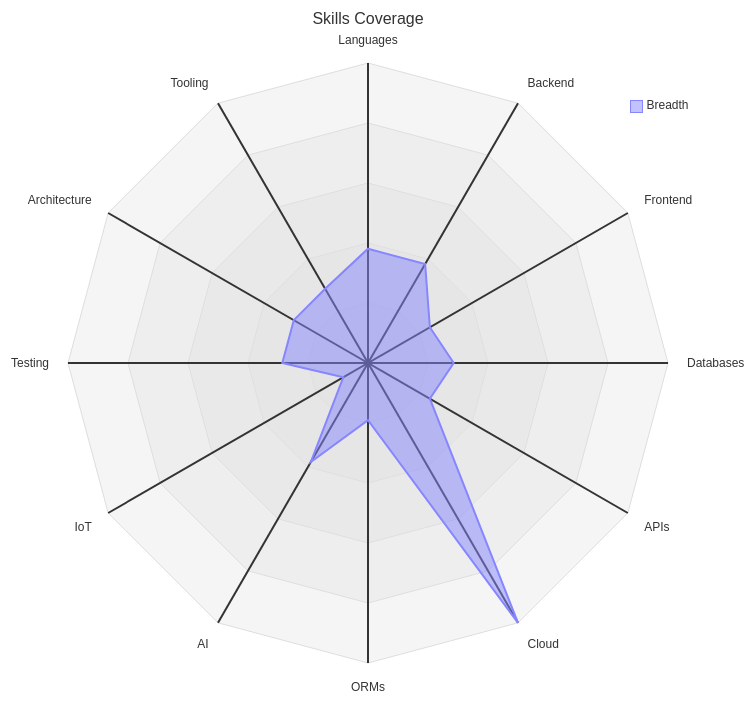
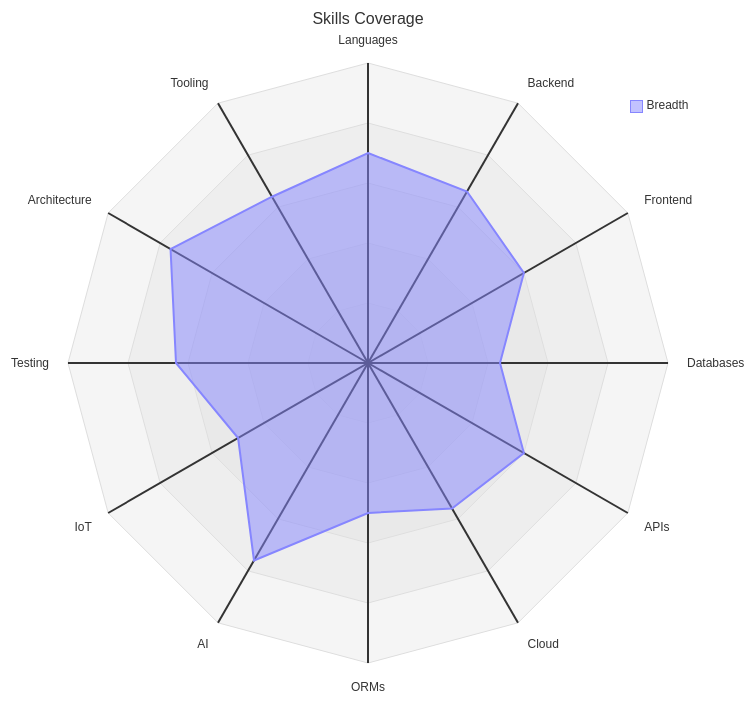
One commit to virgenherrera/virgenherrera changed the first of 2 diagrams in README.md. Above: the diagram before and after it, drawn with Mermaid. The commit also changed other lines of this file, not shown here.

Commit message:
docs: auto-generate README.md with proficiency radar and fixed badges
- Radar values now weighted average (1-5 scale) instead of raw count.
- Badge URLs use toShieldsLabel encoding (Schedule_a_Call, Full_Profile).
- Fixed scale: max 5, min 0.

````diff
--- a/README.md
+++ b/README.md
@@ -40,7 +40,9 @@
 ```mermaid
 radar-beta
   title Skills Coverage
   axis Languages, Backend, Frontend, Databases, APIs, Cloud, ORMs, AI, IoT, Testing, Architecture, Tooling
-  curve Breadth{8, 8, 5, 6, 5, 21, 4, 8, 2, 6, 6, 6}
+  curve Breadth{3.5, 3.3, 3, 2.2, 3, 2.8, 2.5, 3.8, 2.5, 3.2, 3.8, 3.2}
   graticule polygon
+  max 5
+  min 0
 ```
````
